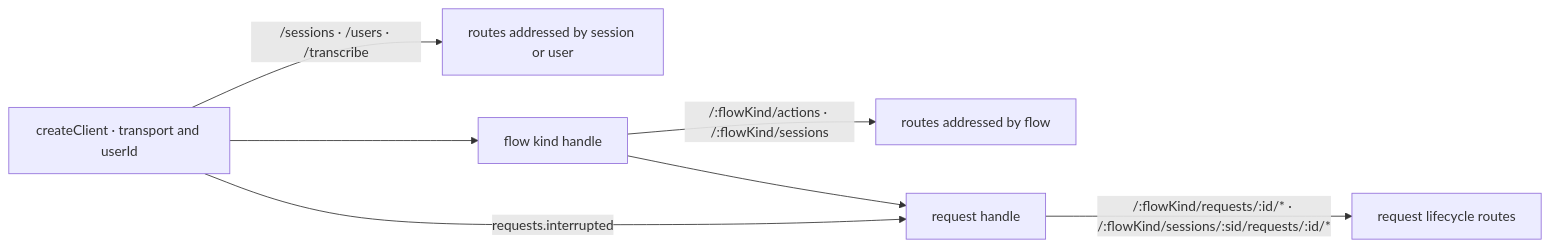
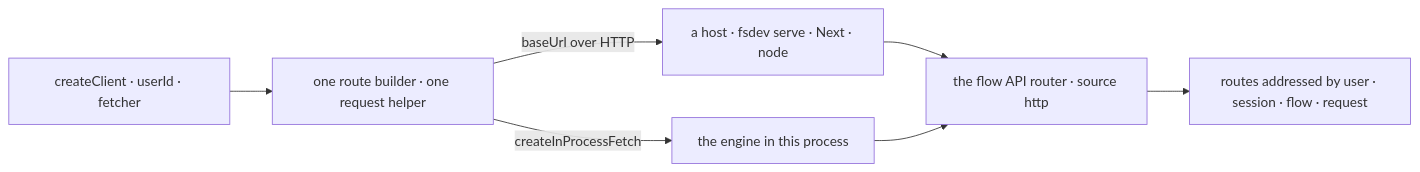
The second of 2 diagrams in specs/issues/FIX-2162/SPEC.md (fixpoint-labs/flow-state-dev), drawn with Mermaid before and after one commit. The commit also changed other lines of this file and 5 other files, not shown here.

First line of the commit message:
spec(FIX-2162): one client over HTTP or in-process; recovery reads, census widened

````diff
--- a/specs/issues/FIX-2162/SPEC.md
+++ b/specs/issues/FIX-2162/SPEC.md
@@ -119,9 +141,9 @@
 ```mermaid
 flowchart LR
-  C["createClient · transport and userId"] -->|"/sessions · /users · /transcribe"| R["routes addressed by session or user"]
-  C --> F["flow kind handle"]
-  F -->|"/:flowKind/actions · /:flowKind/sessions"| A["routes addressed by flow"]
-  F --> Q["request handle"]
-  C -->|"requests.interrupted"| Q
-  Q -->|"/:flowKind/requests/:id/* · /:flowKind/sessions/:sid/requests/:id/*"| S["request lifecycle routes"]
+  C["createClient · userId · fetcher"] --> H["one route builder · one request helper"]
+  H -->|"baseUrl over HTTP"| S["a host · fsdev serve · Next · node"]
+  H -->|"createInProcessFetch"| E["the engine in this process"]
+  S --> R["the flow API router · source http"]
+  E --> R
+  R --> A["routes addressed by user · session · flow · request"]
 ```
````
